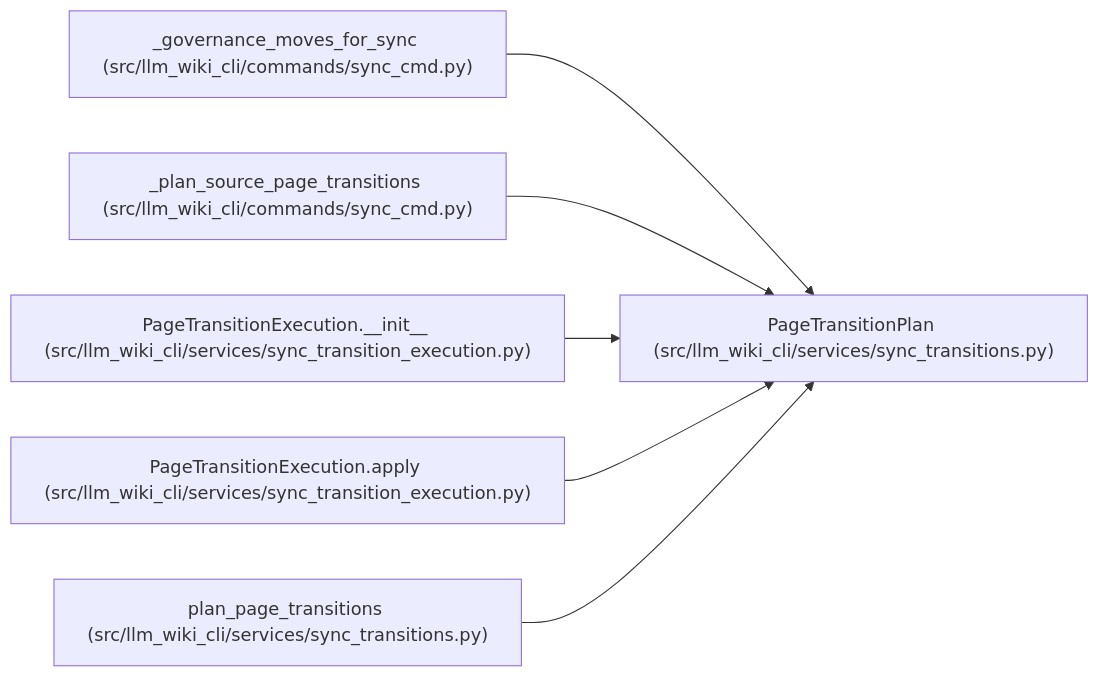
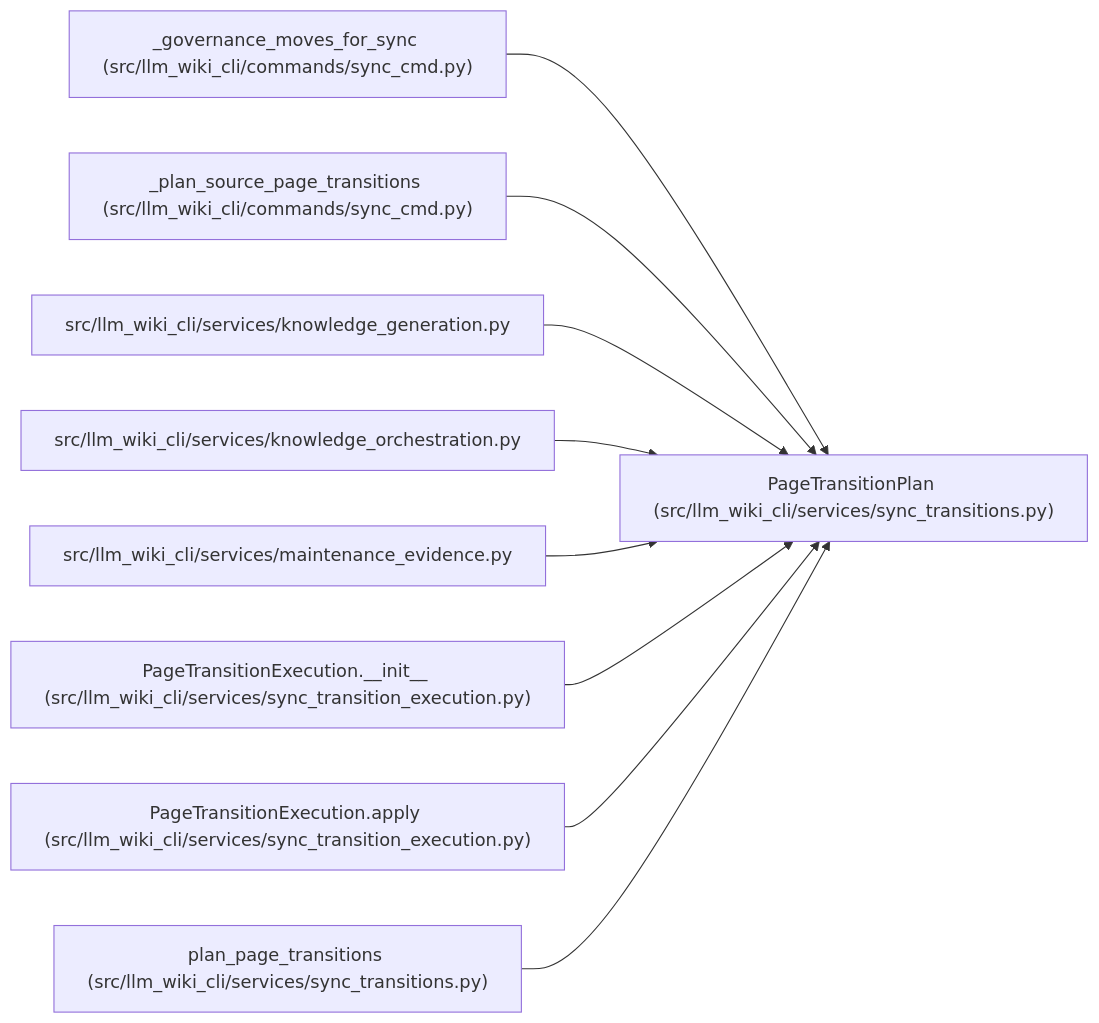
One commit to Denissvgn/python-wiki-llm changed the diagram in docs/llm_wiki/entities/PageTransitionPlan.md. Above: the diagram before and after it, drawn with Mermaid. The commit also changed other lines of this file and 1410 other files, not shown here.

````diff
--- a/docs/llm_wiki/entities/PageTransitionPlan.md
+++ b/docs/llm_wiki/entities/PageTransitionPlan.md
@@ -30,20 +30,29 @@
 ```mermaid
 flowchart LR
     n0["PageTransitionPlan (src/llm_wiki_cli/services/sync_transitions.py)"]
     n1["_governance_moves_for_sync (src/llm_wiki_cli/commands/sync_cmd.py)"]
     n2["_plan_source_page_transitions (src/llm_wiki_cli/commands/sync_cmd.py)"]
-    n3["PageTransitionExecution.__init__ (src/llm_wiki_cli/services/sync_transition_execution.py)"]
-    n4["PageTransitionExecution.apply (src/llm_wiki_cli/services/sync_transition_execution.py)"]
-    n5["plan_page_transitions (src/llm_wiki_cli/services/sync_transitions.py)"]
+    n3["src/llm_wiki_cli/services/knowledge_generation.py"]
+    n4["src/llm_wiki_cli/services/knowledge_orchestration.py"]
+    n5["src/llm_wiki_cli/services/maintenance_evidence.py"]
+    n6["PageTransitionExecution.__init__ (src/llm_wiki_cli/services/sync_transition_execution.py)"]
+    n7["PageTransitionExecution.apply (src/llm_wiki_cli/services/sync_transition_execution.py)"]
+    n8["plan_page_transitions (src/llm_wiki_cli/services/sync_transitions.py)"]
     n1 --> n0
     n2 --> n0
     n3 --> n0
     n4 --> n0
     n5 --> n0
+    n6 --> n0
+    n7 --> n0
+    n8 --> n0
     click n0 "../modules/sync_transitions.md"
     click n1 "../modules/sync_cmd.md"
     click n2 "../modules/sync_cmd.md"
-    click n3 "../modules/sync_transition_execution.md"
-    click n4 "../modules/sync_transition_execution.md"
-    click n5 "../modules/sync_transitions.md"
+    click n3 "../modules/knowledge_generation.md"
+    click n4 "../modules/knowledge_orchestration.md"
+    click n5 "../modules/maintenance_evidence.md"
+    click n6 "../modules/sync_transition_execution.md"
+    click n7 "../modules/sync_transition_execution.md"
+    click n8 "../modules/sync_transitions.md"
 ```
````
